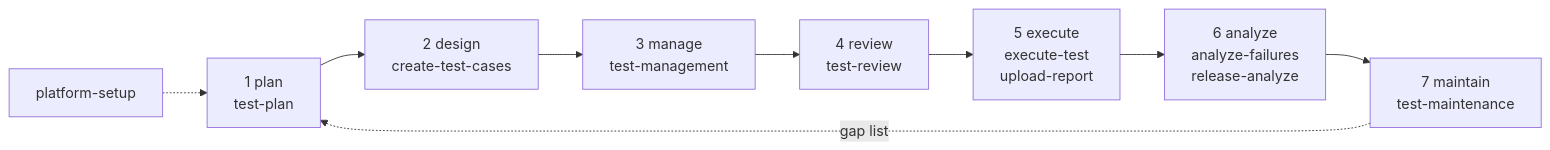
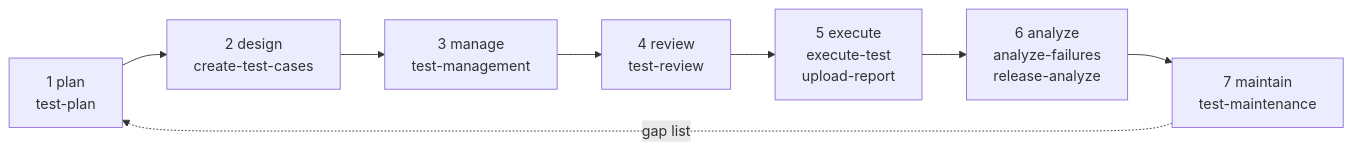
One commit to katalon-labs/true-skills changed the diagram in README.md. Above: the diagram before and after it, drawn with Mermaid. The commit also changed other lines of this file, not shown here.

First line of the commit message:
docs(readme): drop platform-setup node from the lifecycle diagram

````diff
--- a/README.md
+++ b/README.md
@@ -83,11 +83,10 @@
 ```mermaid
 flowchart LR
   P["1 plan<br/>test-plan"] --> D["2 design<br/>create-test-cases"]
   D --> M["3 manage<br/>test-management"]
   M --> R["4 review<br/>test-review"]
   R --> E["5 execute<br/>execute-test<br/>upload-report"]
   E --> A["6 analyze<br/>analyze-failures<br/>release-analyze"]
   A --> T["7 maintain<br/>test-maintenance"]
   T -. gap list .-> P
-  S["platform-setup"] -.-> P
 ```
````
